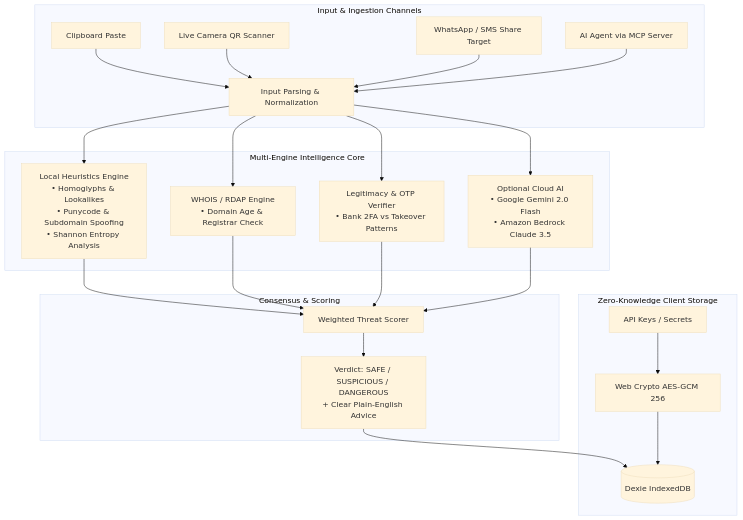
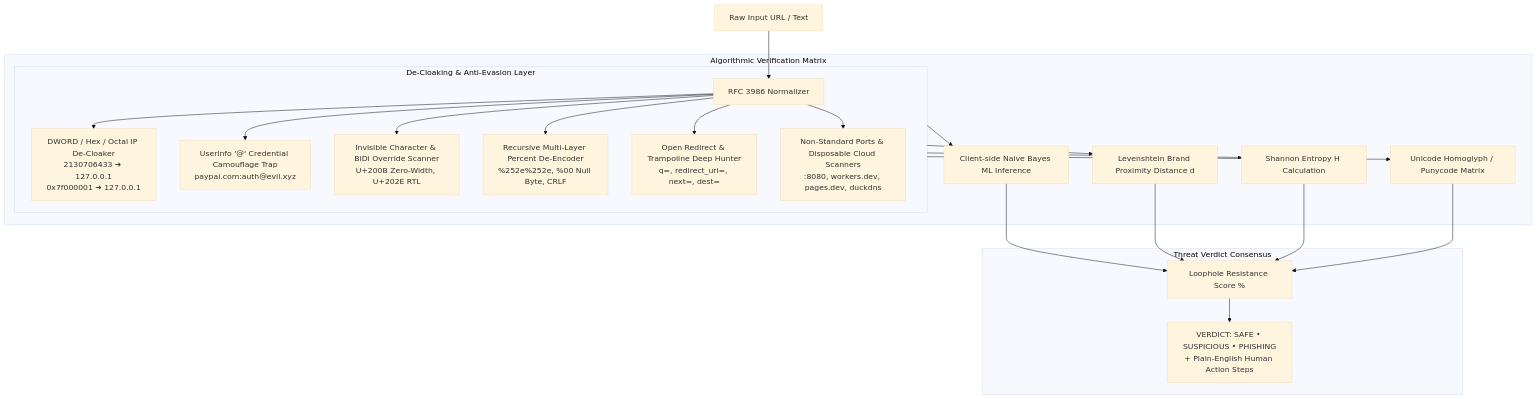
The diagram in README.md (sachinn-alt/isitlegit), drawn with Mermaid (base theme) before and after one commit. The commit also changed other lines of this file, not shown here.

Commit message:
docs: revamp README with Bauhaus constructivist design, RFC 3986 matrices, and zero-storage privacy guarantee

````diff
--- a/README.md
+++ b/README.md
@@ -32,27 +61,25 @@
 ```mermaid
 flowchart TD
-    subgraph Ingestion["Input & Ingestion Channels"]
-        A[Clipboard Paste] --> Ingest
-        B[Live Camera QR Scanner] --> Ingest
-        C[WhatsApp / SMS Share Target] --> Ingest
-        D[AI Agent via MCP Server] --> Ingest
-        Ingest[Input Parsing & Normalization]
+    Raw[Raw Input URL / Text] --> Norm[RFC 3986 Normalizer]
+    
+    subgraph DeObfuscation["De-Cloaking & Anti-Evasion Layer"]
+        Norm --> DecIP[DWORD / Hex / Octal IP De-Cloaker<br/>2130706433 ➔ 127.0.0.1<br/>0x7f000001 ➔ 127.0.0.1]
+        Norm --> Userinfo[Userinfo '@' Credential Camouflage Trap<br/>paypal.com:auth@evil.xyz]
+        Norm --> Unicode[Invisible Character & BiDi Override Scanner<br/>U+200B Zero-Width, U+202E RTL]
+        Norm --> MultiPct[Recursive Multi-Layer Percent De-Encoder<br/>%252e%252e, %00 Null Byte, CRLF]
+        Norm --> Trampoline[Open Redirect & Trampoline Deep Hunter<br/>q=, redirect_uri=, next=, dest=]
+        Norm --> PortCloud[Non-Standard Ports & Disposable Cloud Scanners<br/>:8080, workers.dev, pages.dev, duckdns]
     end
 
-    subgraph SecurityEngine["Multi-Engine Intelligence Core"]
-        Ingest --> L1[Local Heuristics Engine<br/>• Homoglyphs & Lookalikes<br/>• Punycode & Subdomain Spoofing<br/>• Shannon Entropy Analysis]
-        Ingest --> L2[WHOIS / RDAP Engine<br/>• Domain Age & Registrar Check]
-        Ingest --> L3[Legitimacy & OTP Verifier<br/>• Bank 2FA vs Takeover Patterns]
-        Ingest --> L4[Optional Cloud AI<br/>• Google Gemini 2.0 Flash<br/>• Amazon Bedrock Claude 3.5]
+    subgraph MatrixEngine["Algorithmic Verification Matrix"]
+        DeObfuscation --> ML[Client-side Naive Bayes ML Inference]
+        DeObfuscation --> Lev[Levenshtein Brand Proximity Distance d]
+        DeObfuscation --> Ent[Shannon Entropy H Calculation]
+        DeObfuscation --> Hom[Unicode Homoglyph / Punycode Matrix]
     end
 
-    subgraph Decision["Consensus & Scoring"]
-        L1 & L2 & L3 & L4 --> Cons[Weighted Threat Scorer]
-        Cons --> Verdict["Verdict: SAFE / SUSPICIOUS / DANGEROUS<br/>+ Clear Plain-English Advice"]
-    end
-
-    subgraph Storage["Zero-Knowledge Client Storage"]
-        Verdict --> Dexie[(Dexie IndexedDB)]
-        Keys[API Keys / Secrets] --> Crypto[Web Crypto AES-GCM 256] --> Dexie
+    subgraph Consensus["Threat Verdict Consensus"]
+        ML & Lev & Ent & Hom --> ResScore[Loophole Resistance Score %]
+        ResScore --> FinalVerdict["VERDICT: SAFE • SUSPICIOUS • PHISHING<br/>+ Plain-English Human Action Steps"]
     end
 ```
````
